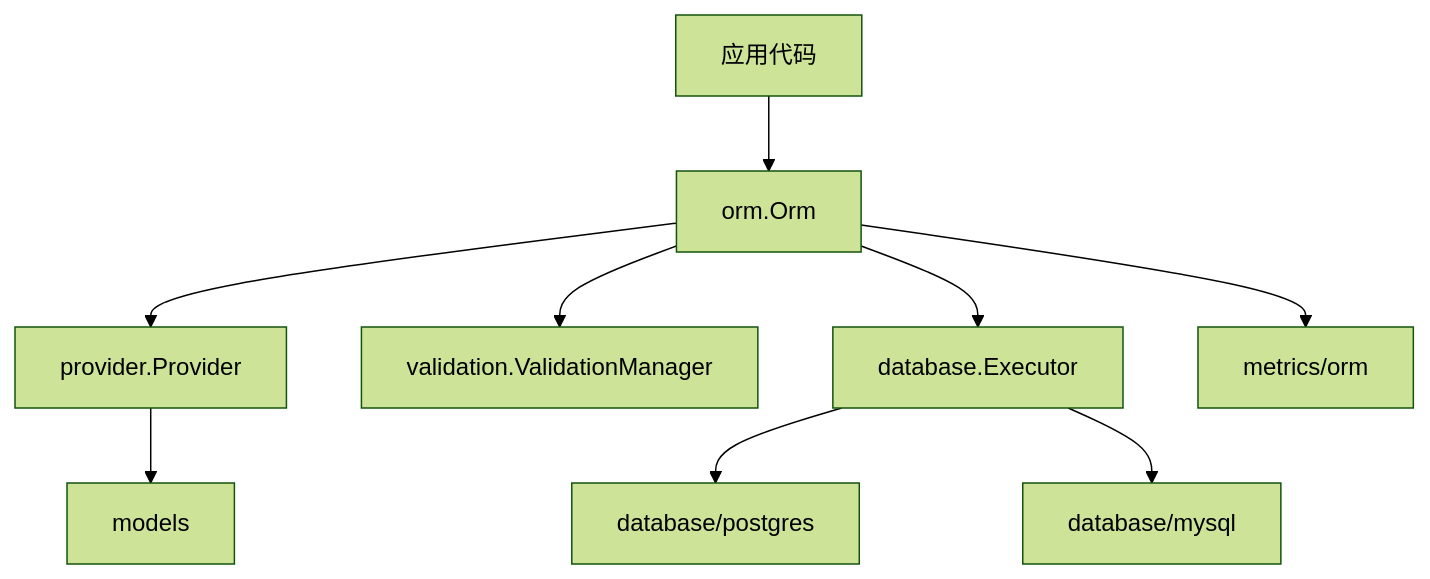
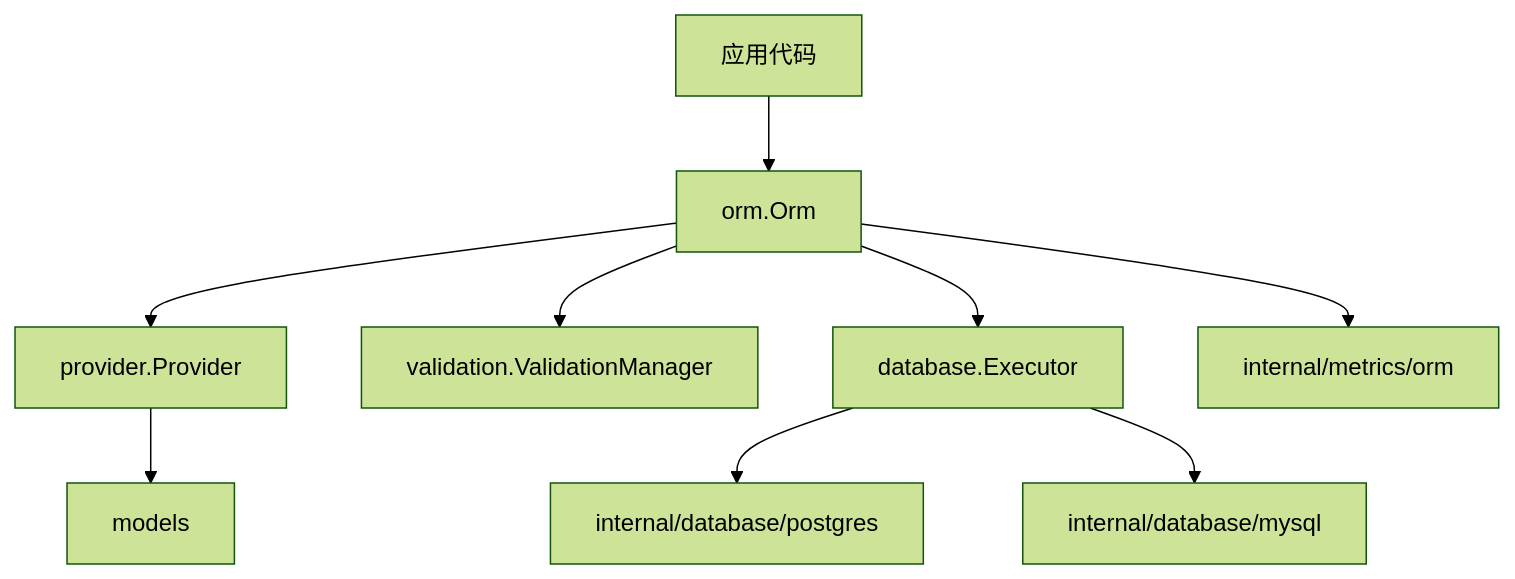
Before and after one commit to muidea/magicOrm: the diagram in docs/README.md, drawn with Mermaid (forest theme). The commit also changed other lines of this file and 331 other files, not shown here.

````diff
--- a/docs/README.md
+++ b/docs/README.md
@@ -99,11 +99,11 @@
 ```mermaid
 flowchart TB
     App[应用代码] --> Orm[orm.Orm]
     Orm --> Provider[provider.Provider]
     Orm --> Validation[validation.ValidationManager]
     Orm --> Executor[database.Executor]
-    Orm --> Metrics[metrics/orm]
+    Orm --> Metrics[internal/metrics/orm]
     Provider --> Models[models]
-    Executor --> Postgres[database/postgres]
-    Executor --> MySQL[database/mysql]
+    Executor --> Postgres[internal/database/postgres]
+    Executor --> MySQL[internal/database/mysql]
 ```
````
